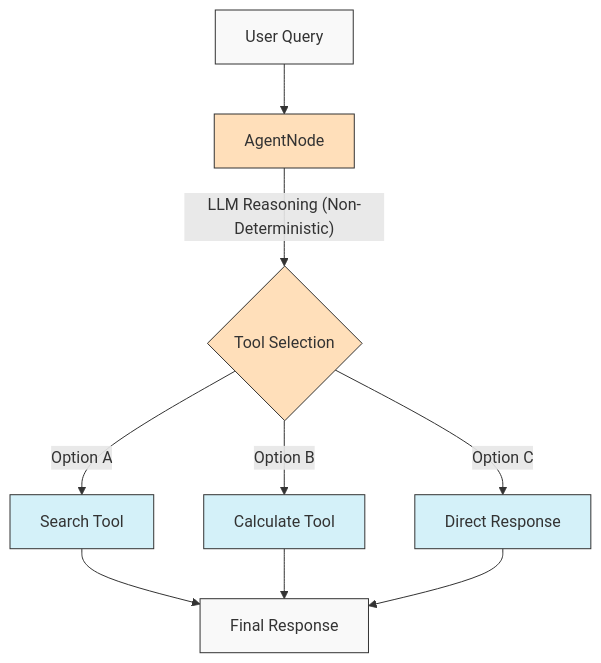
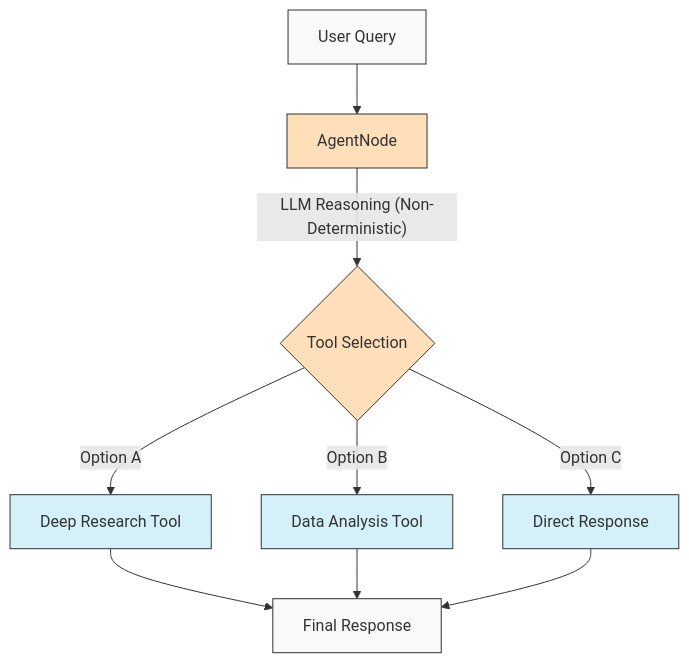
The second of 3 diagrams in docs/README.md (AgentDock/AgentDock), drawn with Mermaid before and after one commit. The commit also changed other lines of this file and 6 other files, not shown here.

````diff
--- a/docs/README.md
+++ b/docs/README.md
@@ -55,19 +55,19 @@
 ```mermaid
 flowchart TD
   Input[User Query] --> Agent[AgentNode]
   Agent -->|"LLM Reasoning (Non-Deterministic)"| ToolChoice{Tool Selection}
-  ToolChoice -->|"Option A"| ToolA[Search Tool]
-  ToolChoice -->|"Option B"| ToolB[Calculate Tool]
+  ToolChoice -->|"Option A"| ToolA[Deep Research Tool]
+  ToolChoice -->|"Option B"| ToolB[Data Analysis Tool]
   ToolChoice -->|"Option C"| ToolC[Direct Response]
   ToolA --> Response[Final Response]
   ToolB --> Response
   ToolC --> Response
   
   style Input fill:#f9f9f9,stroke:#333,stroke-width:1px
   style Agent fill:#ffdfba,stroke:#333,stroke-width:1px
   style ToolChoice fill:#ffdfba,stroke:#333,stroke-width:1px
   style ToolA fill:#d4f1f9,stroke:#333,stroke-width:1px
   style ToolB fill:#d4f1f9,stroke:#333,stroke-width:1px
   style ToolC fill:#d4f1f9,stroke:#333,stroke-width:1px
   style Response fill:#f9f9f9,stroke:#333,stroke-width:1px
 ```
````
